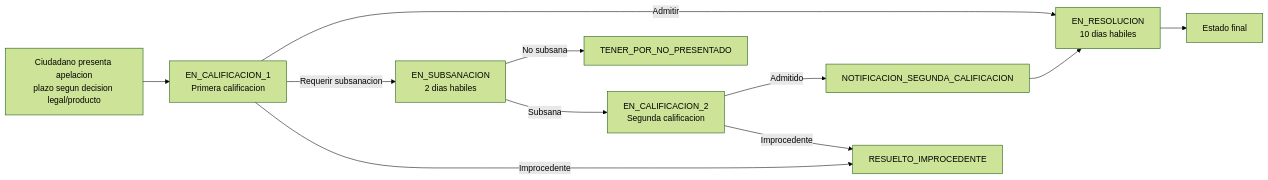
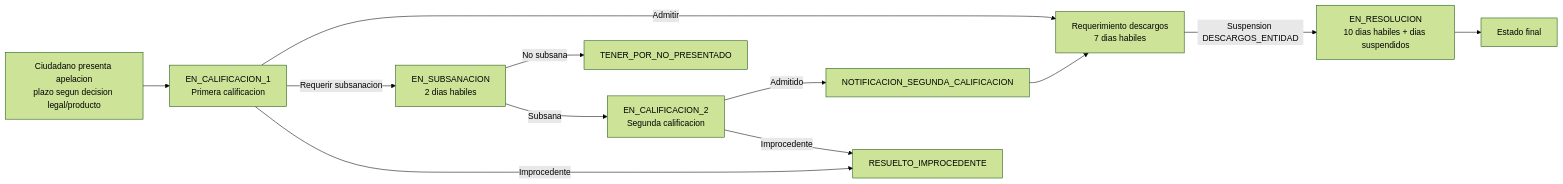
The diagram in docs/src/content/docs/dominio/reglas-ttaip.mdx (transparenciapublicadev/plataforma-saip-apelaciones), drawn with Mermaid (forest theme) before and after one commit. The commit also changed other lines of this file and 2 other files, not shown here.

Commit message:
📝 docs: document TTAIP entity brief and deadline suspension rules

````diff
--- a/docs/src/content/docs/dominio/reglas-ttaip.mdx
+++ b/docs/src/content/docs/dominio/reglas-ttaip.mdx
@@ -20,13 +20,14 @@
 ```mermaid
 flowchart LR
     A["Ciudadano presenta apelacion\nplazo segun decision legal/producto"] --> B["EN_CALIFICACION_1\nPrimera calificacion"]
-    B -->|Admitir| F["EN_RESOLUCION\n10 dias habiles"]
+    B -->|Admitir| H["Requerimiento descargos\n7 dias habiles"]
     B -->|Requerir subsanacion| D["EN_SUBSANACION\n2 dias habiles"]
     B -->|Improcedente| X["RESUELTO_IMPROCEDENTE"]
     D -->|No subsana| Y["TENER_POR_NO_PRESENTADO"]
     D -->|Subsana| C
     C["EN_CALIFICACION_2\nSegunda calificacion"] -->|Admitido| E["NOTIFICACION_SEGUNDA_CALIFICACION"]
     C -->|Improcedente| X
-    E --> F
+    E --> H
+    H -->|Suspension DESCARGOS_ENTIDAD| F["EN_RESOLUCION\n10 dias habiles + dias suspendidos"]
     F --> G["Estado final"]
 ```
````
